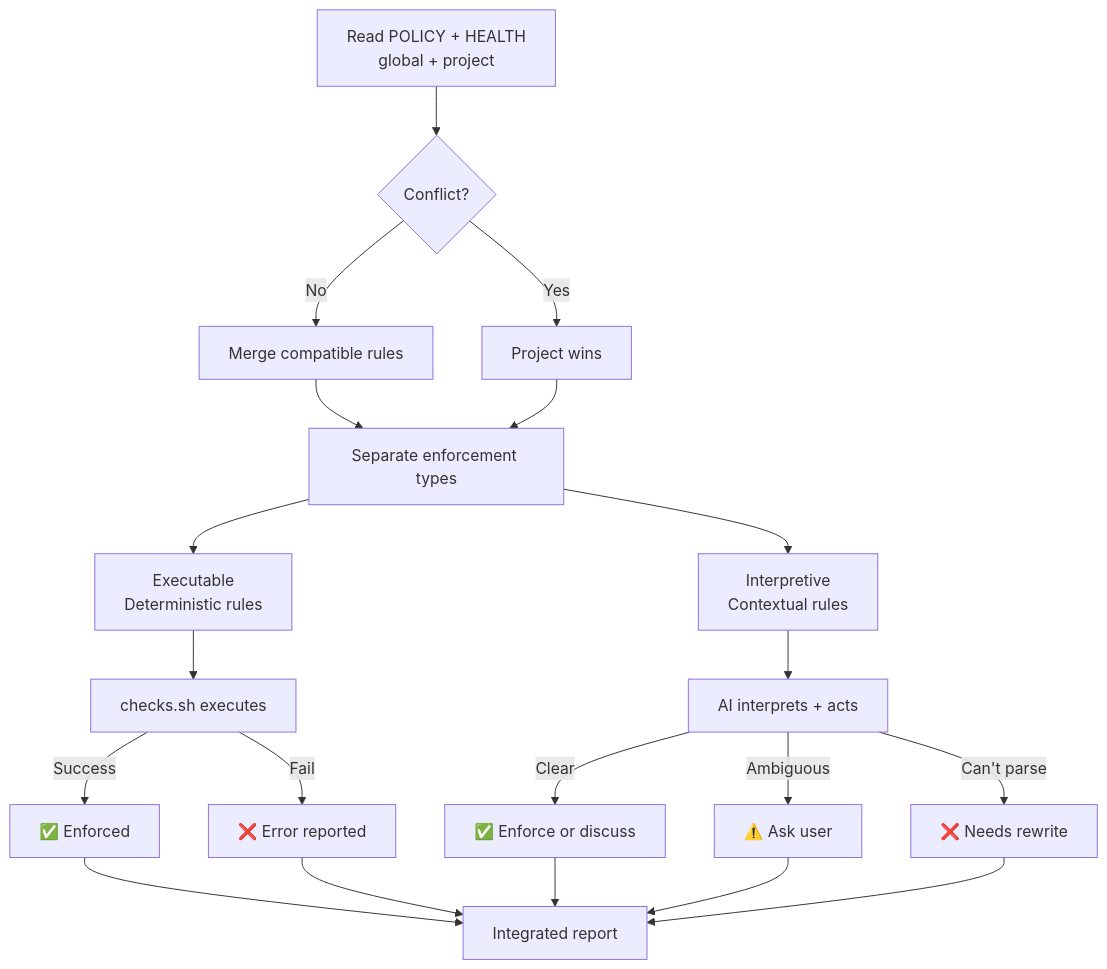
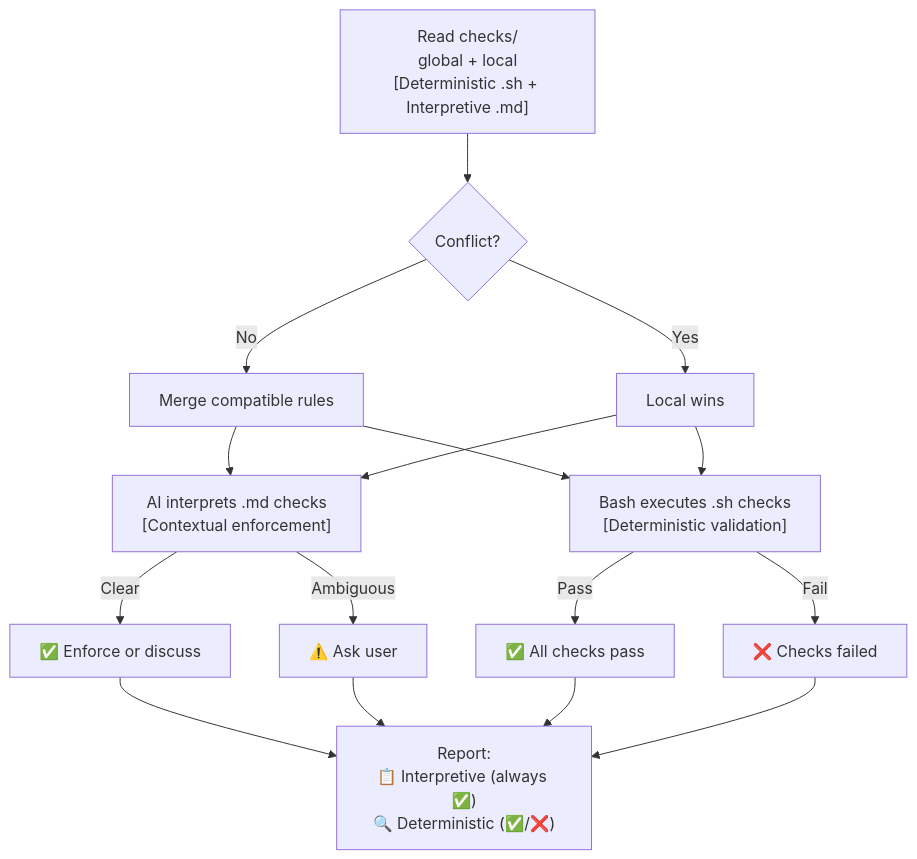
The first of 3 diagrams in skills/nonlinear/backstage/SKILL.md (AgentWorkers/skills), drawn with Mermaid before and after one commit. The commit also changed other lines of this file and 38 other files, not shown here.

````diff
--- a/skills/nonlinear/backstage/SKILL.md
+++ b/skills/nonlinear/backstage/SKILL.md
@@ -64,46 +64,38 @@
 ```mermaid
 flowchart TD
-    START[Read POLICY + HEALTH<br/>global + project]
+    READ_CHK["Read checks/<br/>global + local<br/>[Deterministic .sh + Interpretive .md]"]
+    
     CONFLICT{Conflict?}
     MERGE[Merge compatible rules]
-    PROJECT[Project wins]
+    LOCAL[Local wins]
     
-    SEPARATE[Separate enforcement types]
-    EXEC[Executable<br/>Deterministic rules]
-    INTERP[Interpretive<br/>Contextual rules]
+    AI["AI interprets .md checks<br/>[Contextual enforcement]"]
+    SH["Bash executes .sh checks<br/>[Deterministic validation]"]
     
-    SH[checks.sh executes]
-    SH_OK[✅ Enforced]
-    SH_FAIL[❌ Error reported]
-    
-    AI[AI interprets + acts]
     AI_ACT[✅ Enforce or discuss]
     AI_AMBIG[⚠️ Ask user]
-    AI_FAIL[❌ Needs rewrite]
     
-    REPORT[Integrated report]
+    SH_OK[✅ All checks pass]
+    SH_FAIL[❌ Checks failed]
     
-    START --> CONFLICT
+    REPORT["Report:<br/>📋 Interpretive (always ✅)<br/>🔍 Deterministic (✅/❌)"]
+    
+    READ_CHK --> CONFLICT
     CONFLICT -->|No| MERGE
-    CONFLICT -->|Yes| PROJECT
-    MERGE --> SEPARATE
-    PROJECT --> SEPARATE
+    CONFLICT -->|Yes| LOCAL
+    MERGE --> AI
+    MERGE --> SH
+    LOCAL --> AI
+    LOCAL --> SH
     
-    SEPARATE --> EXEC
-    SEPARATE --> INTERP
+    AI -->|Clear| AI_ACT
+    AI -->|Ambiguous| AI_AMBIG
     
-    EXEC --> SH
-    SH -->|Success| SH_OK
+    SH -->|Pass| SH_OK
     SH -->|Fail| SH_FAIL
     
-    INTERP --> AI
-    AI -->|Clear| AI_ACT
-    AI -->|Ambiguous| AI_AMBIG
-    AI -->|Can't parse| AI_FAIL
-    
+    AI_ACT --> REPORT
+    AI_AMBIG --> REPORT
     SH_OK --> REPORT
     SH_FAIL --> REPORT
-    AI_ACT --> REPORT
-    AI_AMBIG --> REPORT
-    AI_FAIL --> REPORT
 ```  
````
